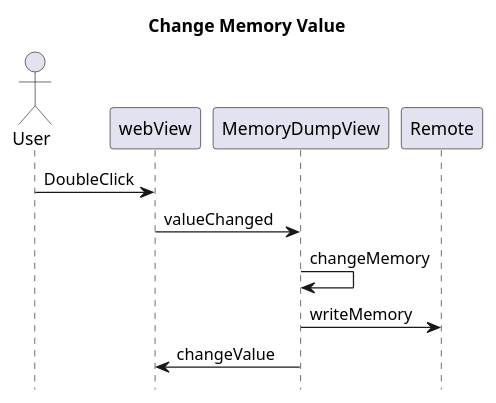
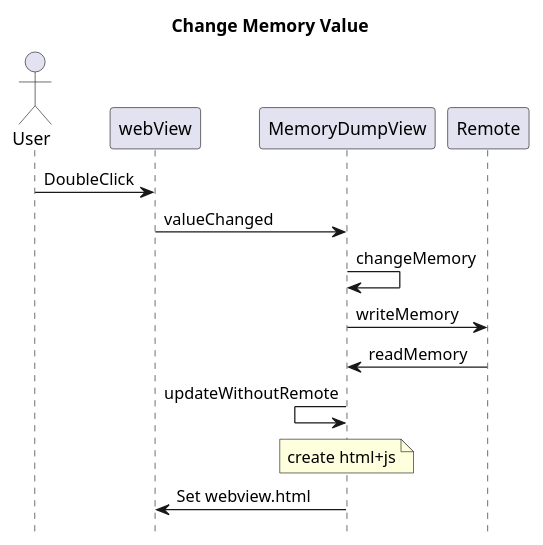
One commit to maziac/DeZog changed the third of 9 diagrams in design/design.md. Above: the diagram before and after it, drawn with PlantUML. The commit also changed 2 other files, not shown here.

Commit message:
Removed 'changedValue' message.

````diff
--- a/design/design.md
+++ b/design/design.md
@@ -267,10 +267,13 @@
 ```puml
 hide footbox
 title Change Memory Value
 actor User
 User -> webView: DoubleClick
 webView -> MemoryDumpView: valueChanged
 MemoryDumpView -> MemoryDumpView: changeMemory
 MemoryDumpView -> Remote: writeMemory
-webView <- MemoryDumpView: changeValue
+MemoryDumpView <- Remote: readMemory
+MemoryDumpView <- MemoryDumpView: updateWithoutRemote
+note over MemoryDumpView: create html+js
+MemoryDumpView -> webView: Set webview.html
 ```
````
